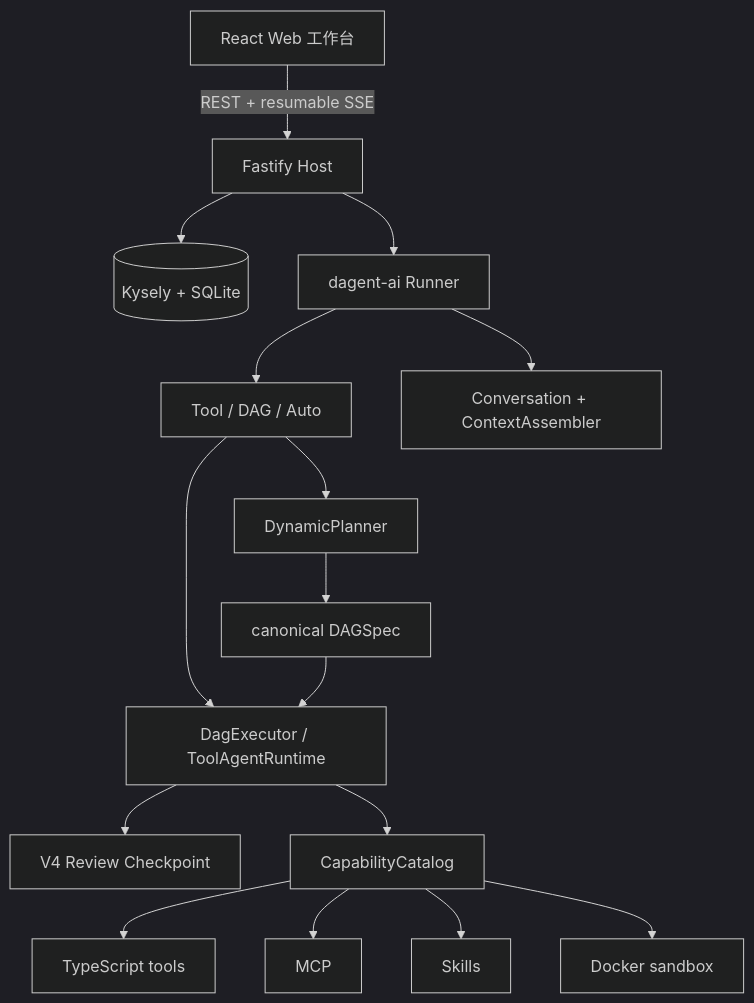
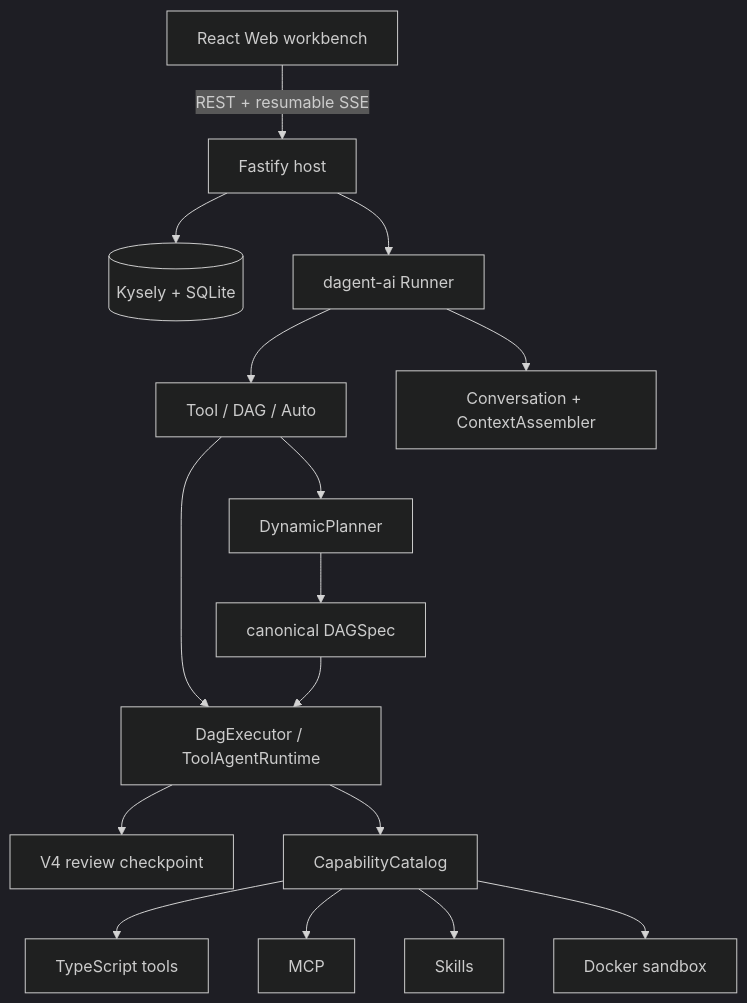
The diagram in README.md (RobotSe7en/dagent-ts), drawn with Mermaid (dark theme) before and after one commit. The commit also changed other lines of this file and 42 other files, not shown here.

````diff
--- a/README.md
+++ b/README.md
@@ -144,20 +149,20 @@
 ```mermaid
 flowchart TB
-  Web["React Web 工作台"] -->|REST + resumable SSE| App
-  App["Fastify Host"] --> DB[("Kysely + SQLite")]
+  Web["React Web workbench"] -->|REST + resumable SSE| App
+  App["Fastify host"] --> DB[("Kysely + SQLite")]
   App --> Runner
 
   Runner["dagent-ai Runner"] --> Router["Tool / DAG / Auto"]
   Runner --> Context["Conversation + ContextAssembler"]
   Router --> Planner["DynamicPlanner"]
   Router --> Executor["DagExecutor / ToolAgentRuntime"]
   Planner --> Spec["canonical DAGSpec"]
   Spec --> Executor
-  Executor --> Review["V4 Review Checkpoint"]
+  Executor --> Review["V4 review checkpoint"]
   Executor --> Catalog["CapabilityCatalog"]
 
   Catalog --> TS["TypeScript tools"]
   Catalog --> MCP["MCP"]
   Catalog --> Skills["Skills"]
   Catalog --> Sandbox["Docker sandbox"]
 ```
````
